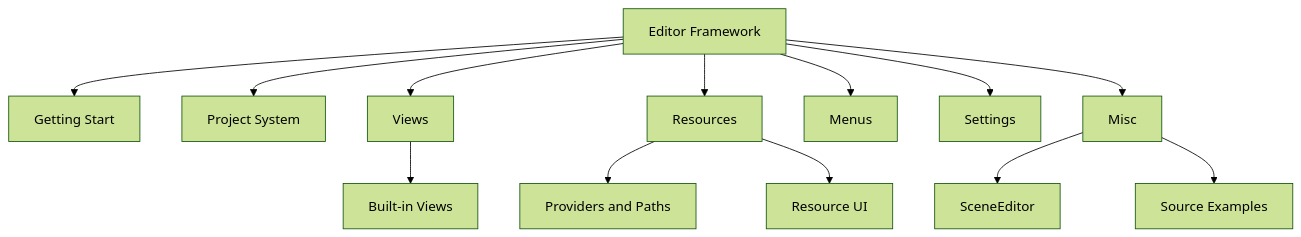
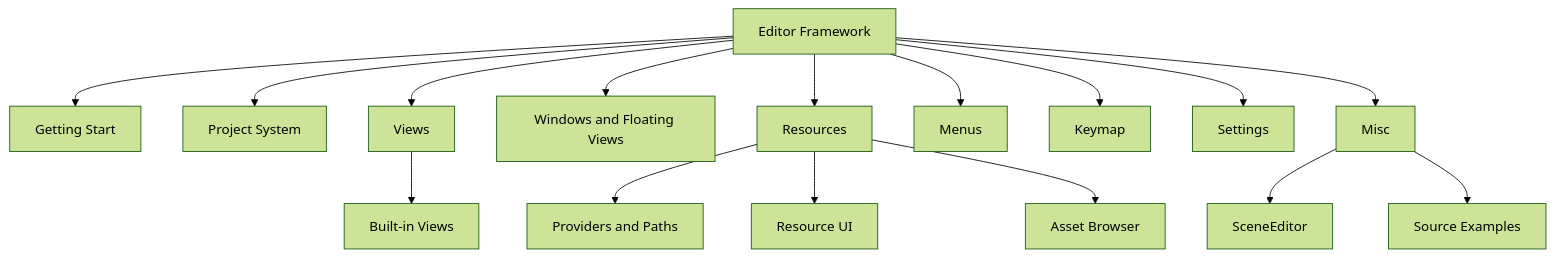
Before and after one commit to Low-Drag-MC/LowDragMC-Doc: the diagram in docs/en/ldlib2/editor/index.md, drawn with Mermaid (forest theme). The commit also changed other lines of this file and 159 other files, not shown here.

````diff
--- a/docs/en/ldlib2/editor/index.md
+++ b/docs/en/ldlib2/editor/index.md
@@ -36,16 +36,19 @@
 ```mermaid
 flowchart TD
     A[Editor Framework] --> B[Getting Start]
     A --> D[Project System]
     A --> E[Views]
+    A --> W[Windows and Floating Views]
     A --> F[Resources]
     A --> G[Menus]
+    A --> K[Keymap]
     A --> H[Settings]
     A --> I[Misc]
 
     E --> E1[Built-in Views]
     F --> F1[Providers and Paths]
     F --> F2[Resource UI]
+    F --> F3[Asset Browser]
     I --> I1[SceneEditor]
     I --> I2[Source Examples]
 ```
````
